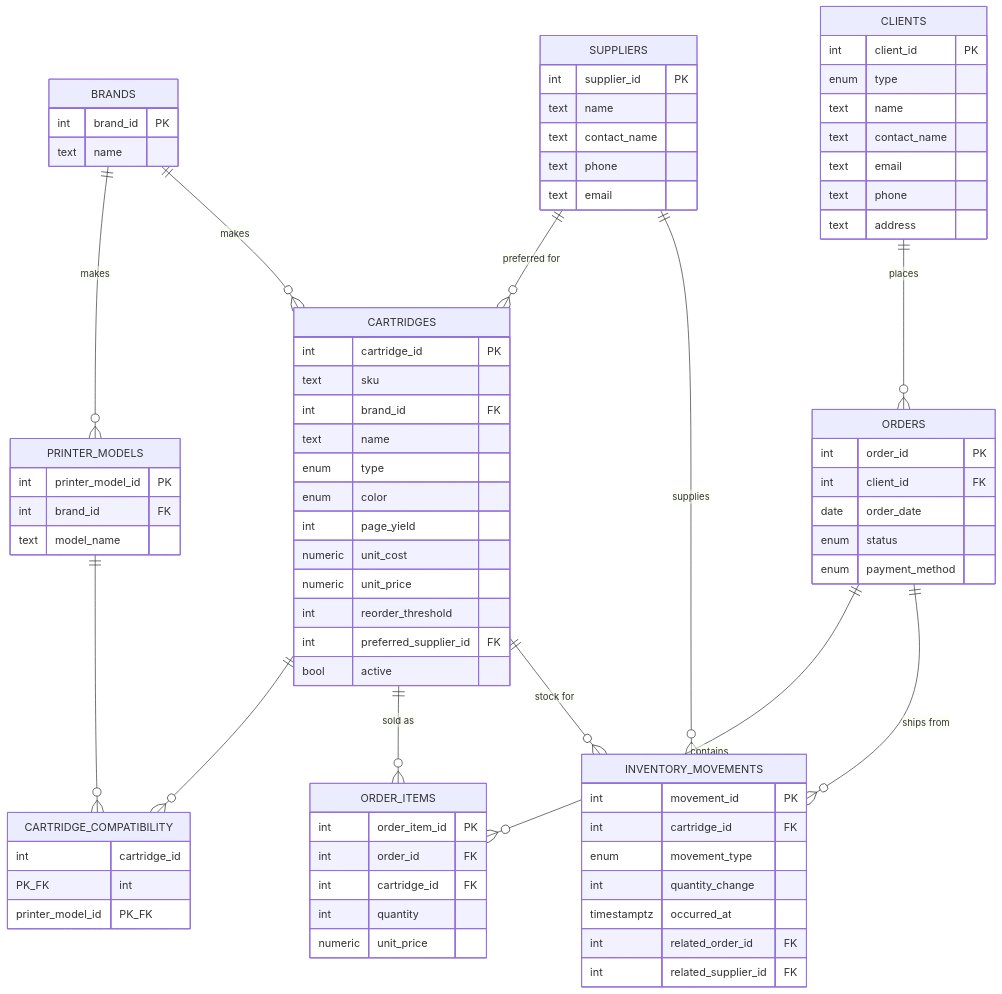
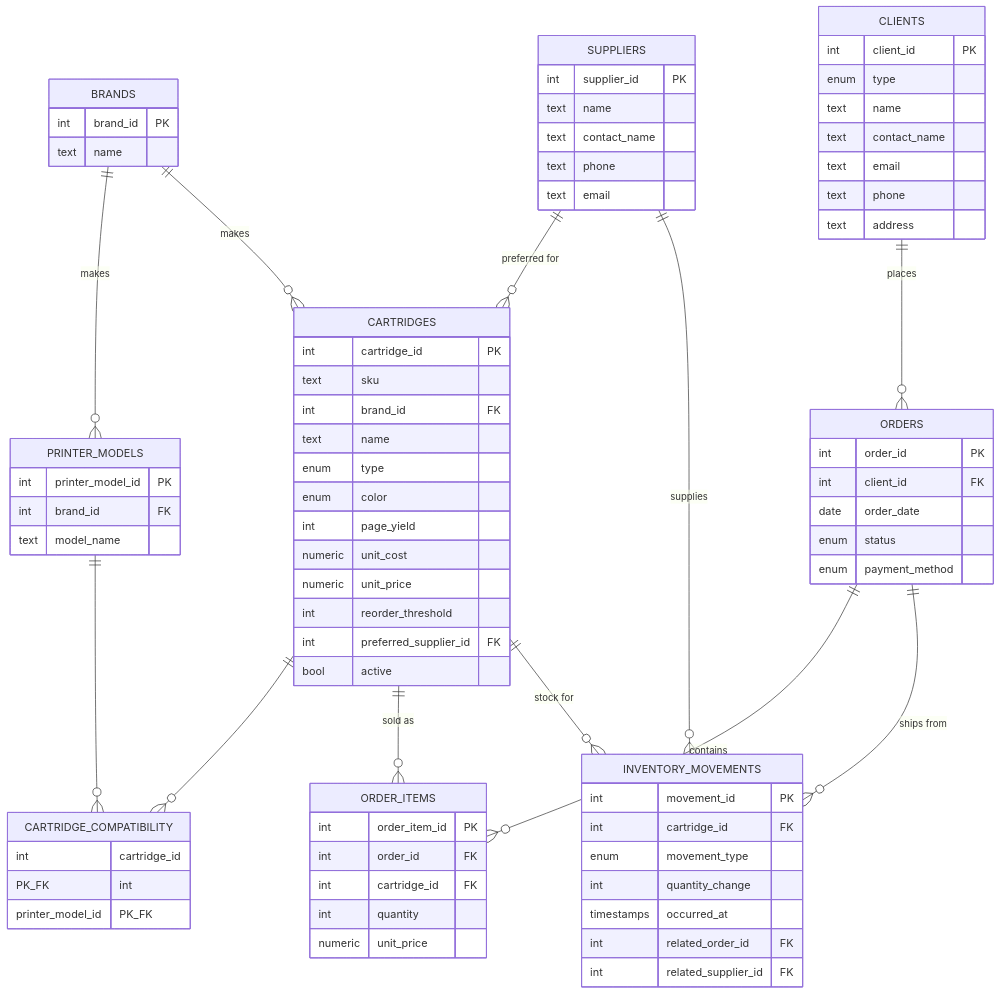
One commit to ktorres94/cjtoner-express-db changed the diagram in README.md. Above: the diagram before and after it, drawn with Mermaid. The commit also changed other lines of this file, not shown here.

````diff
--- a/README.md
+++ b/README.md
@@ -31,81 +28,81 @@
 ```mermaid
 erDiagram
     BRANDS ||--o{ PRINTER_MODELS : "makes"
     BRANDS ||--o{ CARTRIDGES : "makes"
     CARTRIDGES ||--o{ CARTRIDGE_COMPATIBILITY : ""
     PRINTER_MODELS ||--o{ CARTRIDGE_COMPATIBILITY : ""
     SUPPLIERS ||--o{ CARTRIDGES : "preferred for"
     CLIENTS ||--o{ ORDERS : "places"
     ORDERS ||--o{ ORDER_ITEMS : "contains"
     CARTRIDGES ||--o{ ORDER_ITEMS : "sold as"
     CARTRIDGES ||--o{ INVENTORY_MOVEMENTS : "stock for"
     ORDERS ||--o{ INVENTORY_MOVEMENTS : "ships from"
     SUPPLIERS ||--o{ INVENTORY_MOVEMENTS : "supplies"
 
     BRANDS {
         int brand_id PK
         text name
     }
     PRINTER_MODELS {
         int printer_model_id PK
         int brand_id FK
         text model_name
     }
     CARTRIDGES {
         int cartridge_id PK
         text sku
         int brand_id FK
         text name
         enum type
         enum color
         int page_yield
         numeric unit_cost
         numeric unit_price
         int reorder_threshold
         int preferred_supplier_id FK
         bool active
     }
     CARTRIDGE_COMPATIBILITY {
         int cartridge_id PK_FK
         int printer_model_id PK_FK
     }
     SUPPLIERS {
         int supplier_id PK
         text name
         text contact_name
         text phone
         text email
     }
     CLIENTS {
         int client_id PK
         enum type
         text name
         text contact_name
         text email
         text phone
         text address
     }
     ORDERS {
         int order_id PK
         int client_id FK
         date order_date
         enum status
         enum payment_method
     }
     ORDER_ITEMS {
         int order_item_id PK
         int order_id FK
         int cartridge_id FK
         int quantity
         numeric unit_price
     }
     INVENTORY_MOVEMENTS {
         int movement_id PK
         int cartridge_id FK
         enum movement_type
         int quantity_change
-        timestamptz occurred_at
+        timestamps occurred_at
         int related_order_id FK
         int related_supplier_id FK
     }
 ```
````
